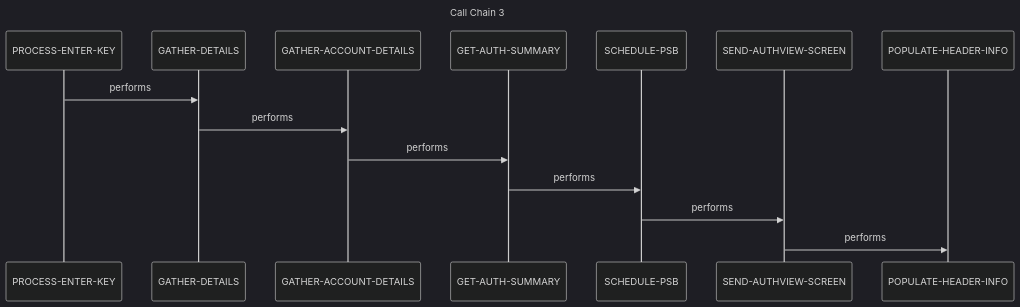
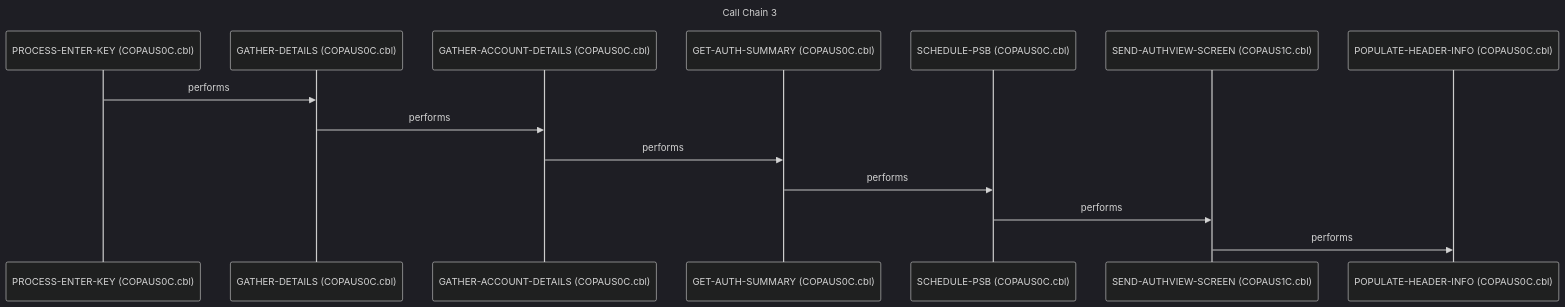
The fourth of 6 diagrams in example_output/SYSTEM_DESIGN.md (andrasfe/war_rig), drawn with Mermaid (dark theme) before and after one commit. The commit also changed other lines of this file and 113 other files, not shown here.

````diff
--- a/example_output/SYSTEM_DESIGN.md
+++ b/example_output/SYSTEM_DESIGN.md
@@ -366,17 +375,17 @@
 ```mermaid
 sequenceDiagram
     title Call Chain 3
-    participant PROCESS_ENTER_KEY as PROCESS-ENTER-KEY
-    participant GATHER_DETAILS as GATHER-DETAILS
-    participant GATHER_ACCOUNT_DETAILS as GATHER-ACCOUNT-DETAILS
-    participant GET_AUTH_SUMMARY as GET-AUTH-SUMMARY
-    participant SCHEDULE_PSB as SCHEDULE-PSB
-    participant SEND_AUTHVIEW_SCREEN as SEND-AUTHVIEW-SCREEN
-    participant POPULATE_HEADER_INFO as POPULATE-HEADER-INFO
+    participant PROCESS_ENTER_KEY as PROCESS-ENTER-KEY (COPAUS0C.cbl)
+    participant GATHER_DETAILS as GATHER-DETAILS (COPAUS0C.cbl)
+    participant GATHER_ACCOUNT_DETAILS as GATHER-ACCOUNT-DETAILS (COPAUS0C.cbl)
+    participant GET_AUTH_SUMMARY as GET-AUTH-SUMMARY (COPAUS0C.cbl)
+    participant SCHEDULE_PSB as SCHEDULE-PSB (COPAUS0C.cbl)
+    participant SEND_AUTHVIEW_SCREEN as SEND-AUTHVIEW-SCREEN (COPAUS1C.cbl)
+    participant POPULATE_HEADER_INFO as POPULATE-HEADER-INFO (COPAUS0C.cbl)
     PROCESS_ENTER_KEY->>GATHER_DETAILS: performs
     GATHER_DETAILS->>GATHER_ACCOUNT_DETAILS: performs
     GATHER_ACCOUNT_DETAILS->>GET_AUTH_SUMMARY: performs
     GET_AUTH_SUMMARY->>SCHEDULE_PSB: performs
     SCHEDULE_PSB->>SEND_AUTHVIEW_SCREEN: performs
     SEND_AUTHVIEW_SCREEN->>POPULATE_HEADER_INFO: performs
 ```
````
